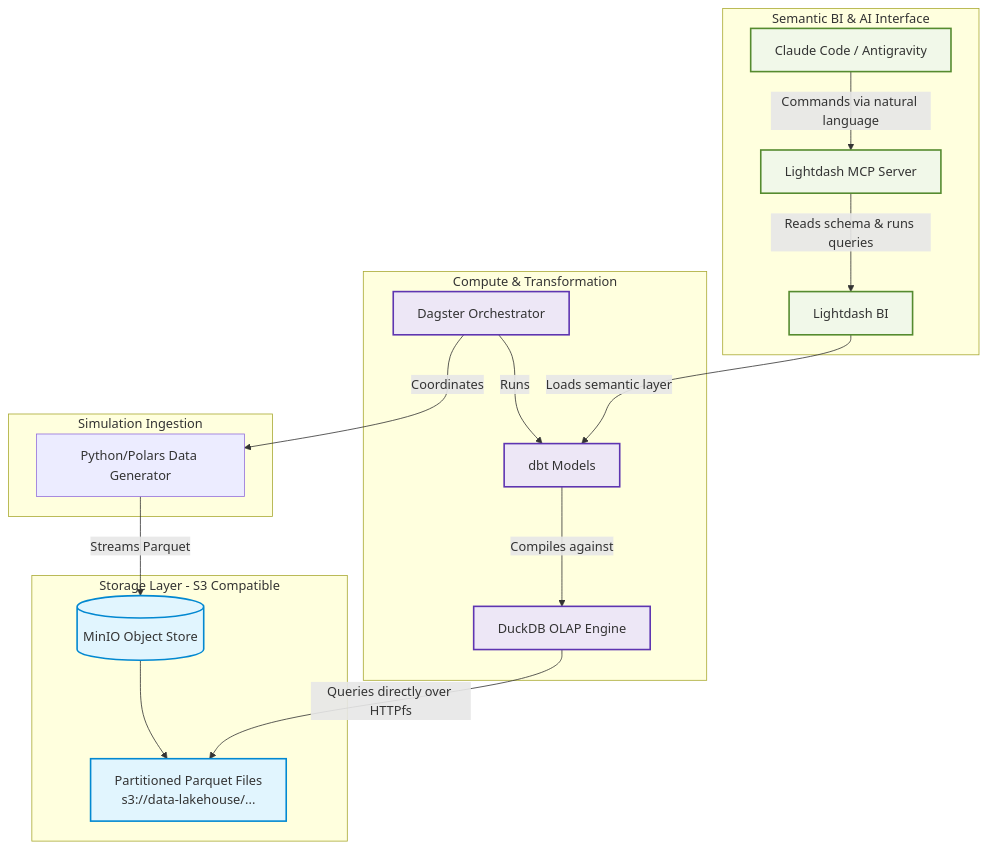
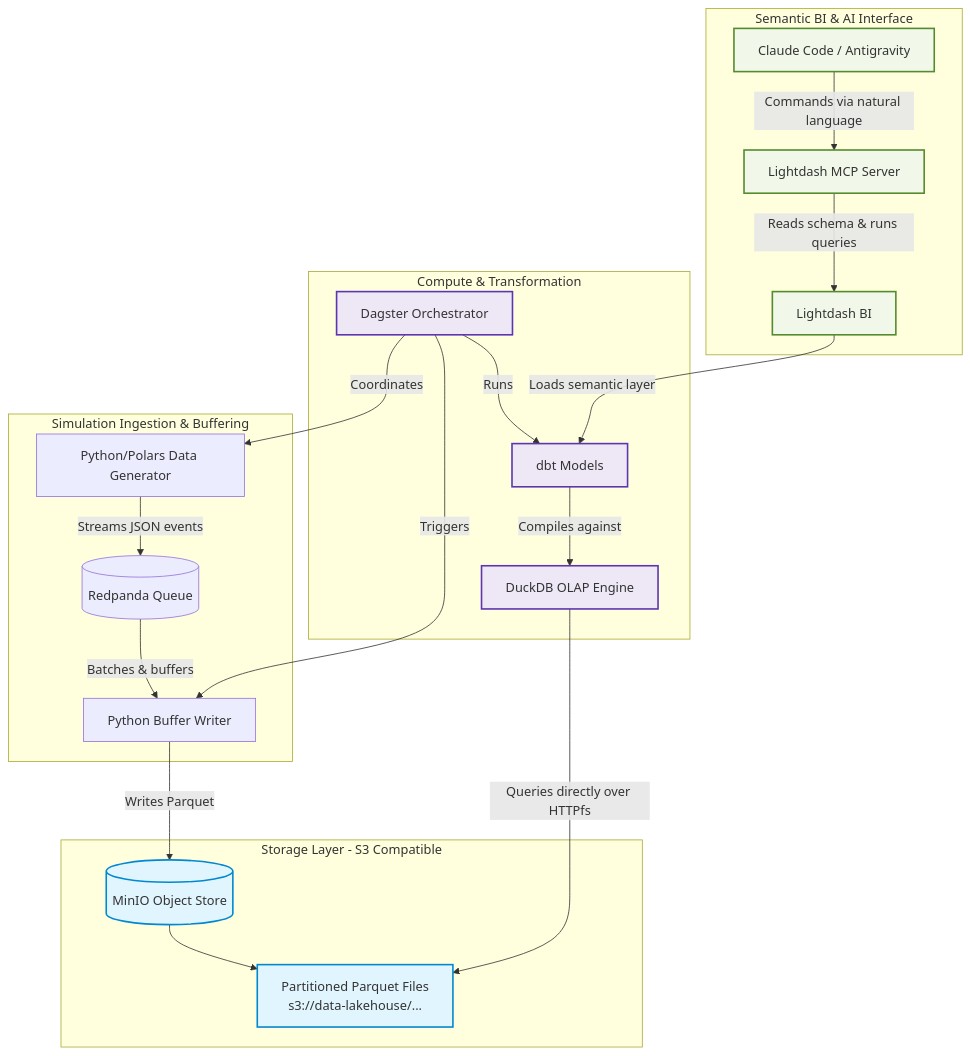
One commit to marckeelingiv/de-for-fun changed the diagram in README.md. Above: the diagram before and after it, drawn with Mermaid. The commit also changed other lines of this file and 24 other files, not shown here.

````diff
--- a/README.md
+++ b/README.md
@@ -11,46 +11,52 @@
 ```mermaid
 graph TD
     %% Storage Layer
     subgraph Storage Layer [Storage Layer - S3 Compatible]
         MinIO[(MinIO Object Store)]
         ParquetFiles[Partitioned Parquet Files<br/>s3://data-lakehouse/...]
         MinIO --> ParquetFiles
     end
 
     %% Ingestion Layer
-    subgraph Ingestion [Simulation Ingestion]
+    subgraph Ingestion [Simulation Ingestion & Buffering]
         Gen[Python/Polars Data Generator]
-        Gen -- Streams Parquet --> MinIO
+        Redpanda[(Redpanda Queue)]
+        Buffer[Python Buffer Writer]
+        
+        Gen -- Streams JSON events --> Redpanda
+        Redpanda -- Batches & buffers --> Buffer
+        Buffer -- Writes Parquet --> MinIO
     end
 
     %% Compute & Transform
     subgraph Compute [Compute & Transformation]
         DuckDB[DuckDB OLAP Engine]
         dbt[dbt Models]
         Dagster[Dagster Orchestrator]
         
         Dagster -- Coordinates --> Gen
+        Dagster -- Triggers --> Buffer
         Dagster -- Runs --> dbt
         dbt -- Compiles against --> DuckDB
         DuckDB -- Queries directly over HTTPfs --> ParquetFiles
     end
 
     %% AI & Visualization
     subgraph AI_BI [Semantic BI & AI Interface]
         Lightdash[Lightdash BI]
         MCP[Lightdash MCP Server]
         LLM[Claude Code / Antigravity]
 
         Lightdash -- Loads semantic layer --> dbt
         MCP -- Reads schema & runs queries --> Lightdash
         LLM -- Commands via natural language --> MCP
     end
 
     classDef storage fill:#e1f5fe,stroke:#0288d1,stroke-width:2px;
     classDef compute fill:#ede7f6,stroke:#5e35b1,stroke-width:2px;
     classDef semantic fill:#f1f8e9,stroke:#558b2f,stroke-width:2px;
     
     class MinIO,ParquetFiles storage;
     class DuckDB,dbt,Dagster compute;
     class Lightdash,MCP,LLM semantic;
 ```
````
